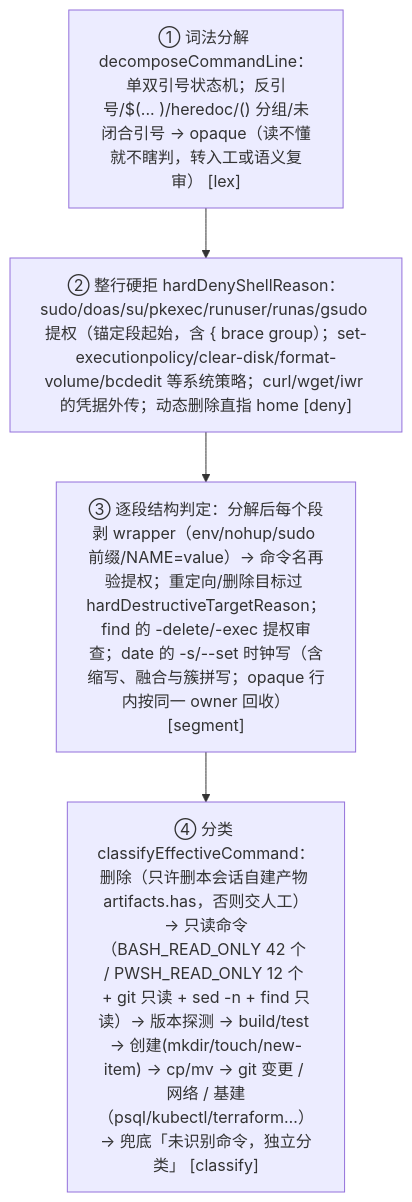
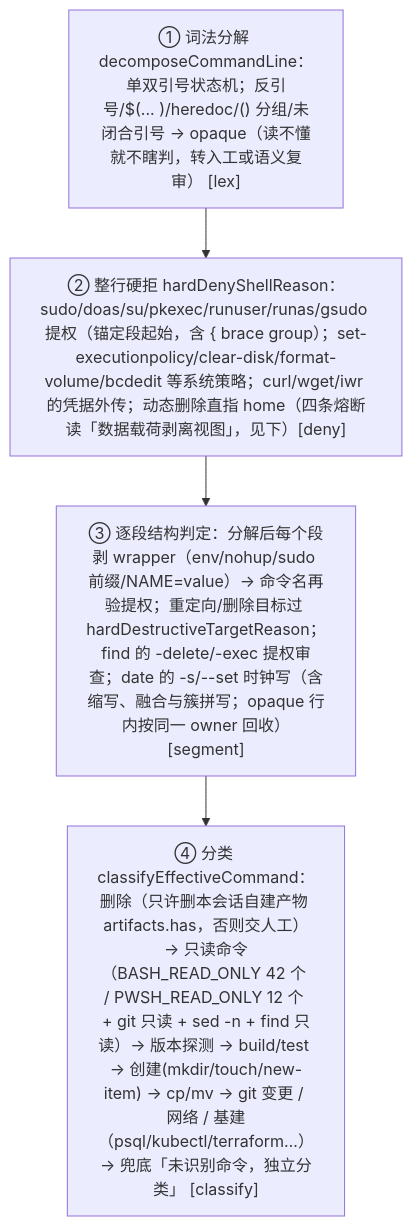
The second of 3 diagrams in docs/03-static-engine.md (cuddly-guacamole/dsh-auto-approval-llm), drawn with Mermaid before and after one commit. The commit also changed other lines of this file and 5 other files, not shown here.

````diff
--- a/docs/03-static-engine.md
+++ b/docs/03-static-engine.md
@@ -92,7 +92,7 @@
 ```mermaid
 flowchart TD
     B1["① 词法分解 decomposeCommandLine：单双引号状态机；反引号/$(... )/heredoc/() 分组/未闭合引号 → opaque（读不懂就不瞎判，转入工或语义复审） [lex]"]
-    B1 --> B2["② 整行硬拒 hardDenyShellReason：sudo/doas/su/pkexec/runuser/runas/gsudo 提权（锚定段起始，含 { brace group）；set-executionpolicy/clear-disk/format-volume/bcdedit 等系统策略；curl/wget/iwr 的凭据外传；动态删除直指 home [deny]"]
+    B1 --> B2["② 整行硬拒 hardDenyShellReason：sudo/doas/su/pkexec/runuser/runas/gsudo 提权（锚定段起始，含 { brace group）；set-executionpolicy/clear-disk/format-volume/bcdedit 等系统策略；curl/wget/iwr 的凭据外传；动态删除直指 home（四条熔断读「数据载荷剥离视图」，见下）[deny]"]
     B2 --> B3["③ 逐段结构判定：分解后每个段剥 wrapper（env/nohup/sudo 前缀/NAME=value）→ 命令名再验提权；重定向/删除目标过 hardDestructiveTargetReason；find 的 -delete/-exec 提权审查；date 的 -s/--set 时钟写（含缩写、融合与簇拼写；opaque 行内按同一 owner 回收）[segment]"]
     B3 --> B4["④ 分类 classifyEffectiveCommand：删除（只许删本会话自建产物 artifacts.has，否则交人工）→ 只读命令（BASH_READ_ONLY 42 个 / PWSH_READ_ONLY 12 个 + git 只读 + sed -n + find 只读）→ 版本探测 → build/test → 创建(mkdir/touch/new-item) → cp/mv → git 变更 / 网络 / 基建（psql/kubectl/terraform…）→ 兜底「未识别命令，独立分类」 [classify]"]
 ```
````
